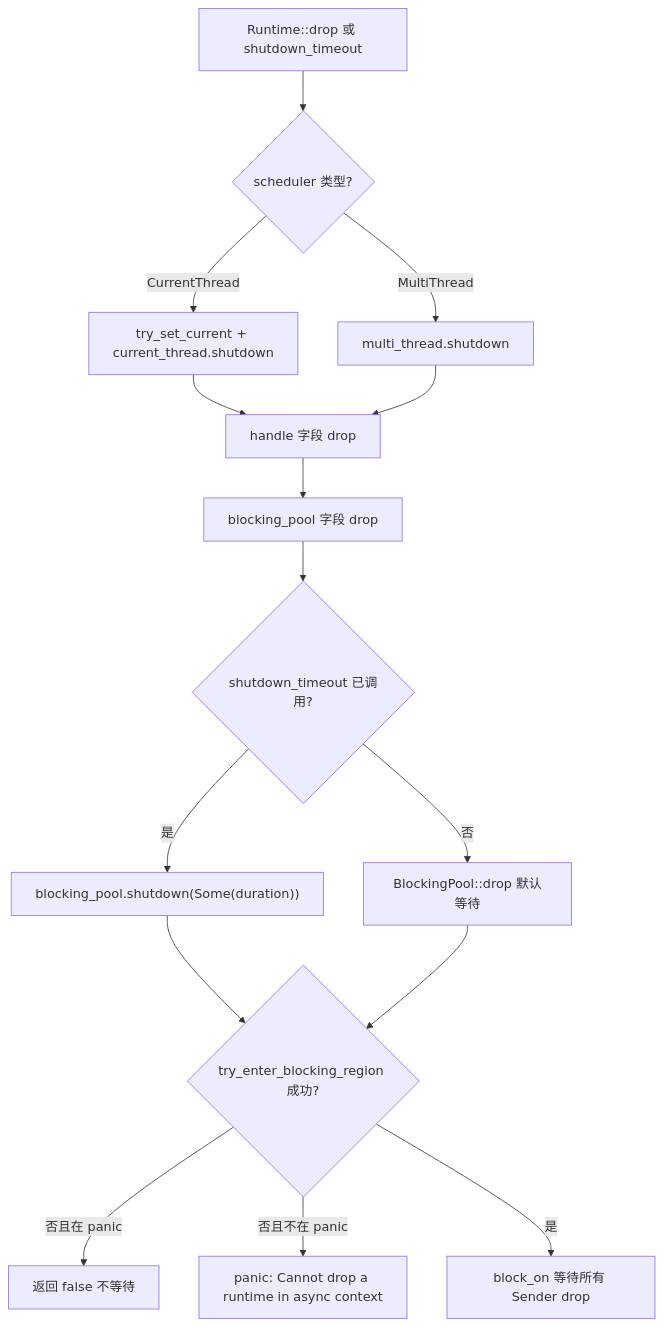
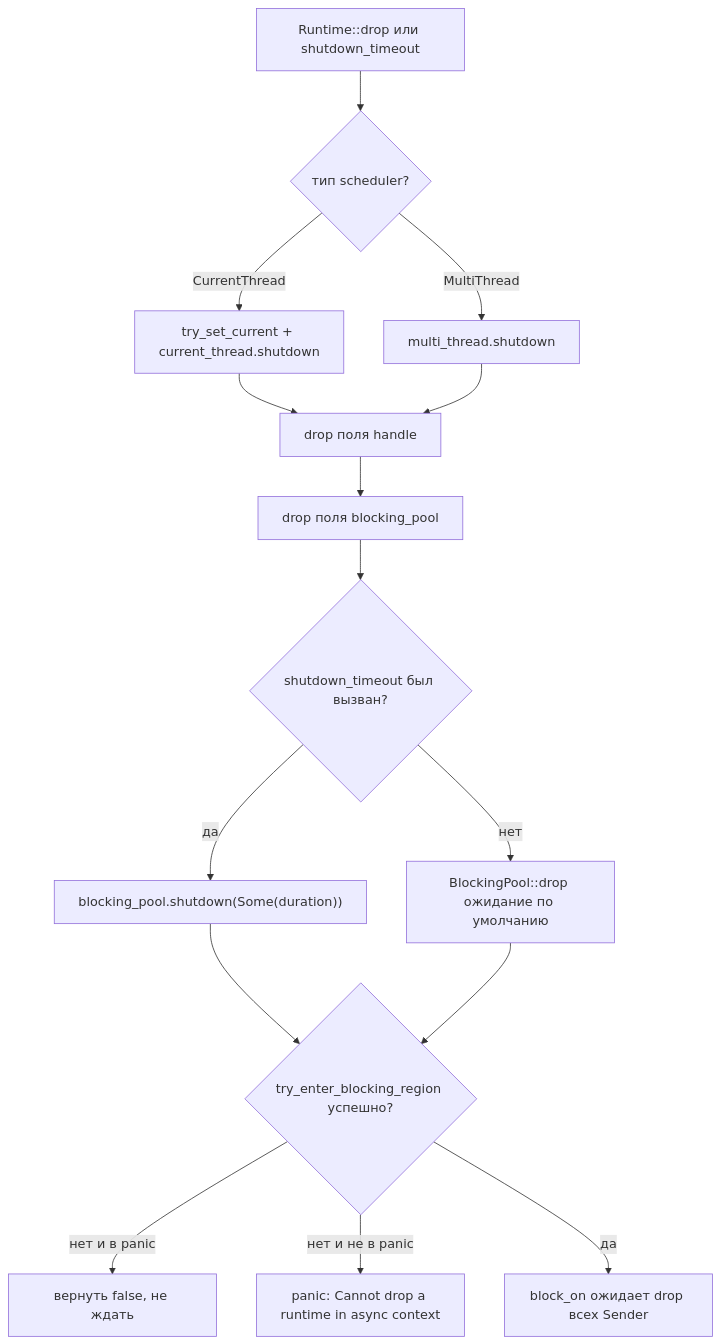
The second of 3 diagrams in books/tokio/ru/13-performance-tuning-and-pitfalls.md (maleRjc/AiReadCodeBooks), drawn with Mermaid before and after one commit. The commit also changed other lines of this file and 74 other files, not shown here.

````diff
--- a/books/tokio/ru/13-performance-tuning-and-pitfalls.md
+++ b/books/tokio/ru/13-performance-tuning-and-pitfalls.md
@@ -182,17 +182,17 @@
 ```mermaid
 flowchart TD
-    start["Runtime::drop 或 shutdown_timeout"] --> sched{"scheduler 类型?"}
+    start["Runtime::drop или shutdown_timeout"] --> sched{"тип scheduler?"}
     sched -->|CurrentThread| ct["try_set_current + current_thread.shutdown"]
     sched -->|MultiThread| mt["multi_thread.shutdown"]
-    ct --> handle_drop["handle 字段 drop"]
+    ct --> handle_drop["drop поля handle"]
     mt --> handle_drop
-    handle_drop --> bp_drop["blocking_pool 字段 drop"]
-    bp_drop --> bp_wait{"shutdown_timeout 已调用?"}
-    bp_wait -->|是| explicit["blocking_pool.shutdown(Some(duration))"]
-    bp_wait -->|否| implicit["BlockingPool::drop 默认等待"]
-    explicit --> wait_check{"try_enter_blocking_region 成功?"}
+    handle_drop --> bp_drop["drop поля blocking_pool"]
+    bp_drop --> bp_wait{"shutdown_timeout был вызван?"}
+    bp_wait -->|да| explicit["blocking_pool.shutdown(Some(duration))"]
+    bp_wait -->|нет| implicit["BlockingPool::drop ожидание по умолчанию"]
+    explicit --> wait_check{"try_enter_blocking_region успешно?"}
     implicit --> wait_check
-    wait_check -->|否且在 panic| skip["返回 false 不等待"]
-    wait_check -->|否且不在 panic| panic_err["panic: Cannot drop a runtime in async context"]
-    wait_check -->|是| block_on["block_on 等待所有 Sender drop"]
+    wait_check -->|нет и в panic| skip["вернуть false, не ждать"]
+    wait_check -->|нет и не в panic| panic_err["panic: Cannot drop a runtime in async context"]
+    wait_check -->|да| block_on["block_on ожидает drop всех Sender"]
 ```
````
